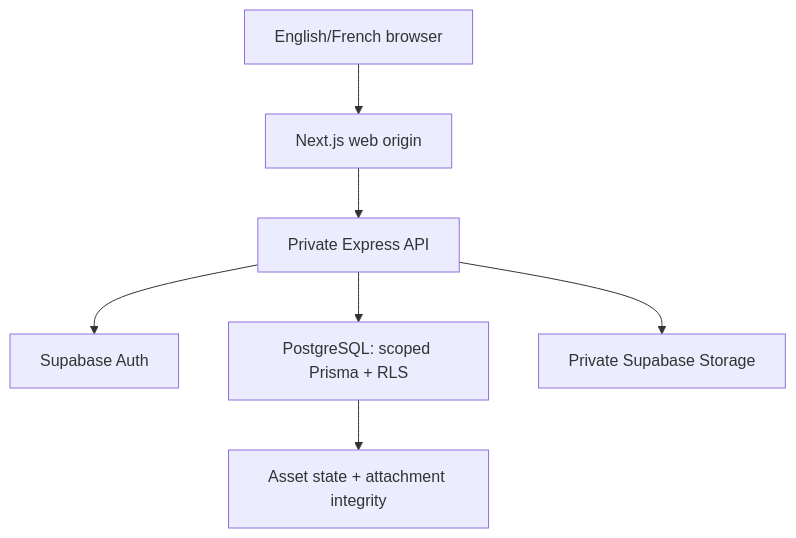
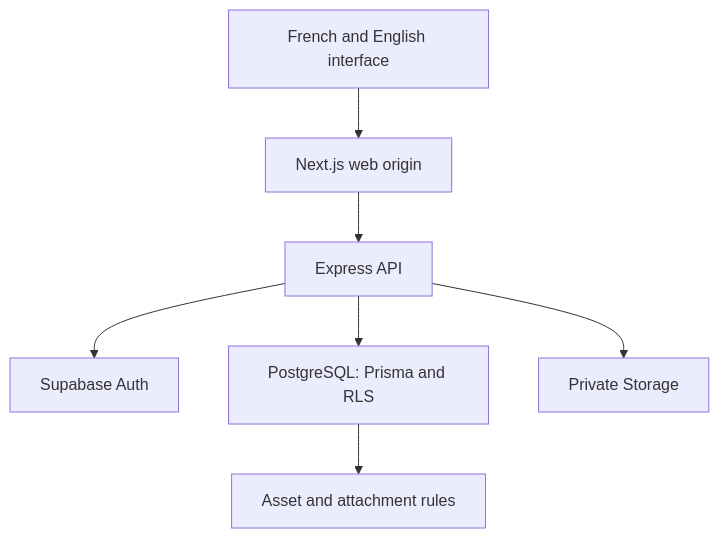
Before and after one commit to CSampebgo333/lumavok-real-estate-platform: the diagram in docs/ARCHITECTURE.md, drawn with Mermaid. The commit also changed other lines of this file and 50 other files, not shown here.

````diff
--- a/docs/ARCHITECTURE.md
+++ b/docs/ARCHITECTURE.md
@@ -5,9 +5,9 @@
 ```mermaid
 flowchart TD
-  Browser["English/French browser"] --> Web["Next.js web origin"]
-  Web --> API["Private Express API"]
+  Browser["French and English interface"] --> Web["Next.js web origin"]
+  Web --> API["Express API"]
   API --> Auth["Supabase Auth"]
-  API --> DB["PostgreSQL: scoped Prisma + RLS"]
-  API --> Storage["Private Supabase Storage"]
-  DB --> Asset["Asset state + attachment integrity"]
+  API --> DB["PostgreSQL: Prisma and RLS"]
+  API --> Storage["Private Storage"]
+  DB --> Assets["Asset and attachment rules"]
 ```
````
